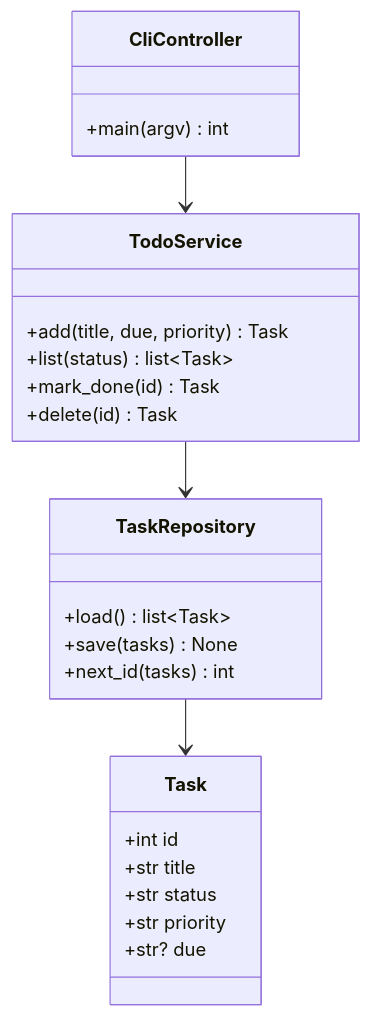
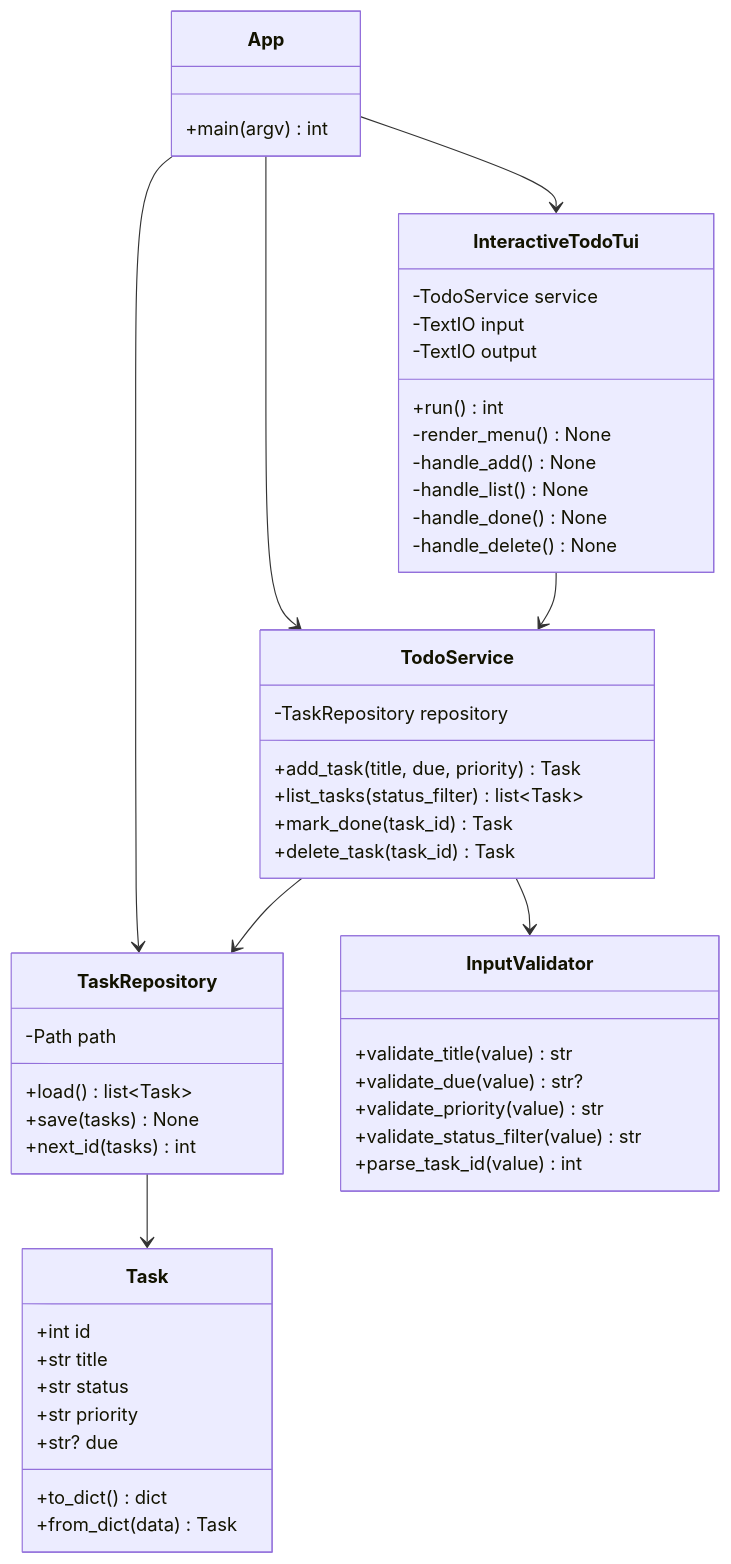
The third of 9 diagrams in benchmark/selfbuilt/cases/01_todo_manager/input/design_model.md (JerryChen-USTB/CodeAgent), drawn with Mermaid before and after one commit. The commit also changed other lines of this file and 75 other files, not shown here.

````diff
--- a/benchmark/selfbuilt/cases/01_todo_manager/input/design_model.md
+++ b/benchmark/selfbuilt/cases/01_todo_manager/input/design_model.md
@@ -5,31 +78,59 @@
 ```mermaid
 classDiagram
     class Task {
       +int id
       +str title
       +str status
       +str priority
       +str? due
+      +to_dict() dict
+      +from_dict(data) Task
     }
 
     class TaskRepository {
+      -Path path
       +load() list~Task~
       +save(tasks) None
       +next_id(tasks) int
     }
 
     class TodoService {
-      +add(title, due, priority) Task
-      +list(status) list~Task~
-      +mark_done(id) Task
-      +delete(id) Task
+      -TaskRepository repository
+      +add_task(title, due, priority) Task
+      +list_tasks(status_filter) list~Task~
+      +mark_done(task_id) Task
+      +delete_task(task_id) Task
     }
 
-    class CliController {
+    class InputValidator {
+      +validate_title(value) str
+      +validate_due(value) str?
+      +validate_priority(value) str
+      +validate_status_filter(value) str
+      +parse_task_id(value) int
+    }
+
+    class InteractiveTodoTui {
+      -TodoService service
+      -TextIO input
+      -TextIO output
+      +run() int
+      -render_menu() None
+      -handle_add() None
+      -handle_list() None
+      -handle_done() None
+      -handle_delete() None
+    }
+
+    class App {
       +main(argv) int
     }
 
+    App --> TaskRepository
+    App --> TodoService
+    App --> InteractiveTodoTui
+    TodoService --> TaskRepository
+    TodoService --> InputValidator
     TaskRepository --> Task
-    TodoService --> TaskRepository
-    CliController --> TodoService
+    InteractiveTodoTui --> TodoService
 ```
````
